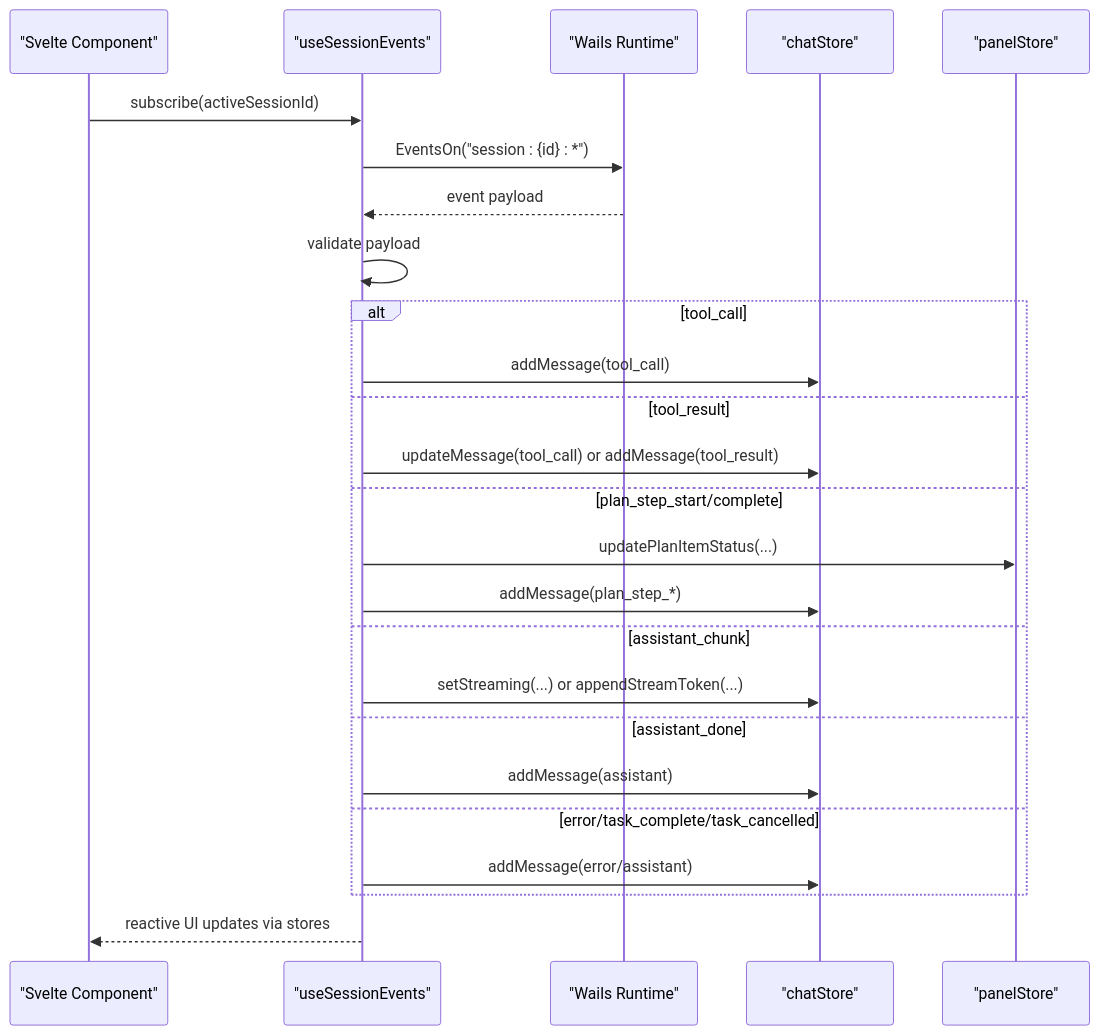
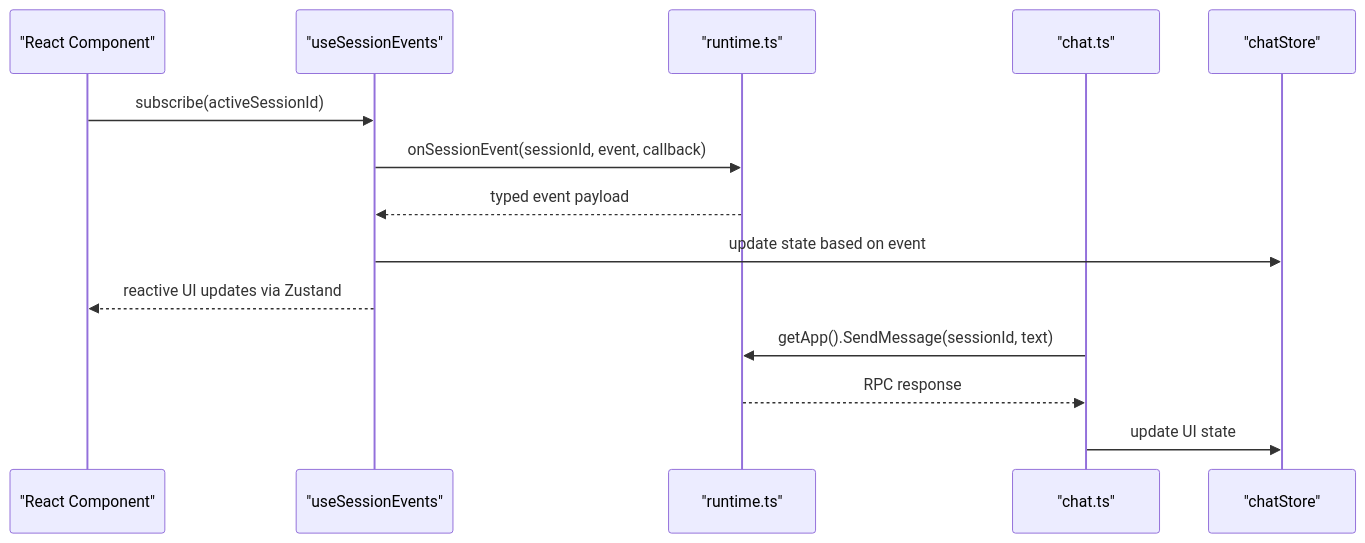
One commit to v0lka/c0wrk changed the fifth of 7 diagrams in .qoder/repowiki/en/content/Architecture/Frontend Application Architecture.md. Above: the diagram before and after it, drawn with Mermaid. The commit also changed other lines of this file and 13 other files, not shown here.

````diff
--- a/.qoder/repowiki/en/content/Architecture/Frontend Application Architecture.md
+++ b/.qoder/repowiki/en/content/Architecture/Frontend Application Architecture.md
@@ -319,27 +331,16 @@
 ```mermaid
 sequenceDiagram
-participant UI as "Svelte Component"
+participant UI as "React Component"
 participant Hook as "useSessionEvents"
-participant Runtime as "Wails Runtime"
-participant Chat as "chatStore"
-participant Panel as "panelStore"
+participant Runtime as "runtime.ts"
+participant Chat as "chat.ts"
+participant Store as "chatStore"
 UI->>Hook : subscribe(activeSessionId)
-Hook->>Runtime : EventsOn("session : {id} : *")
-Runtime-->>Hook : event payload
-Hook->>Hook : validate payload
-alt tool_call
-Hook->>Chat : addMessage(tool_call)
-else tool_result
-Hook->>Chat : updateMessage(tool_call) or addMessage(tool_result)
-else plan_step_start/complete
-Hook->>Panel : updatePlanItemStatus(...)
-Hook->>Chat : addMessage(plan_step_*)
-else assistant_chunk
-Hook->>Chat : setStreaming(...) or appendStreamToken(...)
-else assistant_done
-Hook->>Chat : addMessage(assistant)
-else error/task_complete/task_cancelled
-Hook->>Chat : addMessage(error/assistant)
-end
-Hook-->>UI : reactive UI updates via stores
+Hook->>Runtime : onSessionEvent(sessionId, event, callback)
+Runtime-->>Hook : typed event payload
+Hook->>Store : update state based on event
+Hook-->>UI : reactive UI updates via Zustand
+Chat->>Runtime : getApp().SendMessage(sessionId, text)
+Runtime-->>Chat : RPC response
+Chat->>Store : update UI state
 ```
````
